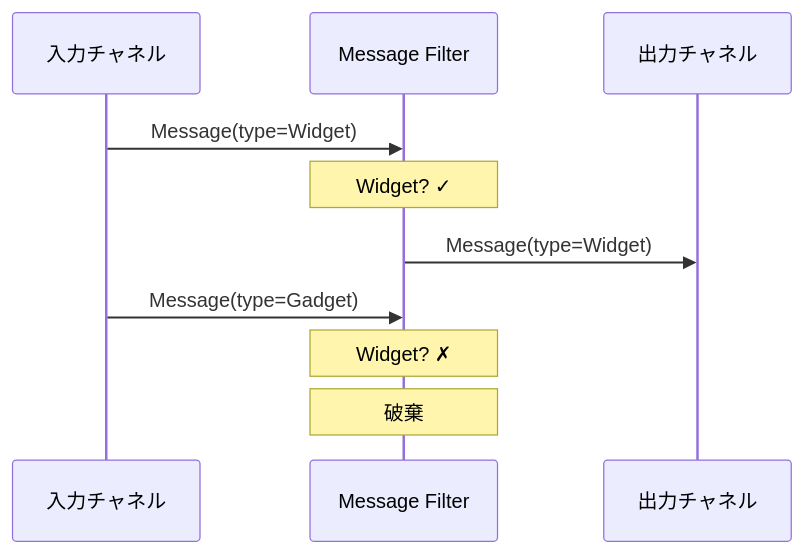
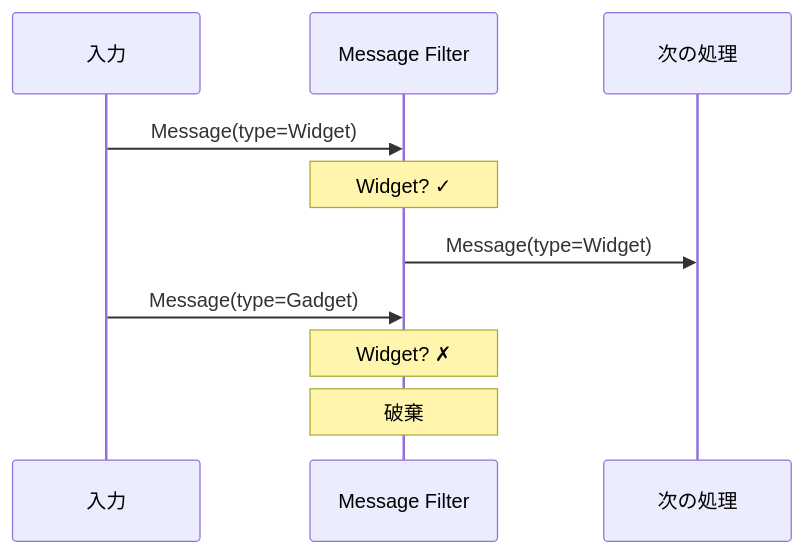
Before and after one commit to tomoikey/quartz: the fourth of 4 diagrams in content/programming/reactive_messaging_pattern/simple-routers/message_filter.md, drawn with Mermaid. The commit also changed other lines of this file and 18 other files, not shown here.

````diff
--- a/content/programming/reactive_messaging_pattern/simple-routers/message_filter.md
+++ b/content/programming/reactive_messaging_pattern/simple-routers/message_filter.md
@@ -48,14 +85,14 @@
 ```mermaid
 sequenceDiagram
-    participant IN as 入力チャネル
+    participant IN as 入力
     participant MF as Message Filter
-    participant OUT as 出力チャネル
+    participant OUT as 次の処理
 
     IN->>MF: Message(type=Widget)
     Note over MF: Widget? ✓
     MF->>OUT: Message(type=Widget)
 
     IN->>MF: Message(type=Gadget)
     Note over MF: Widget? ✗
     Note over MF: 破棄
 ```
````
